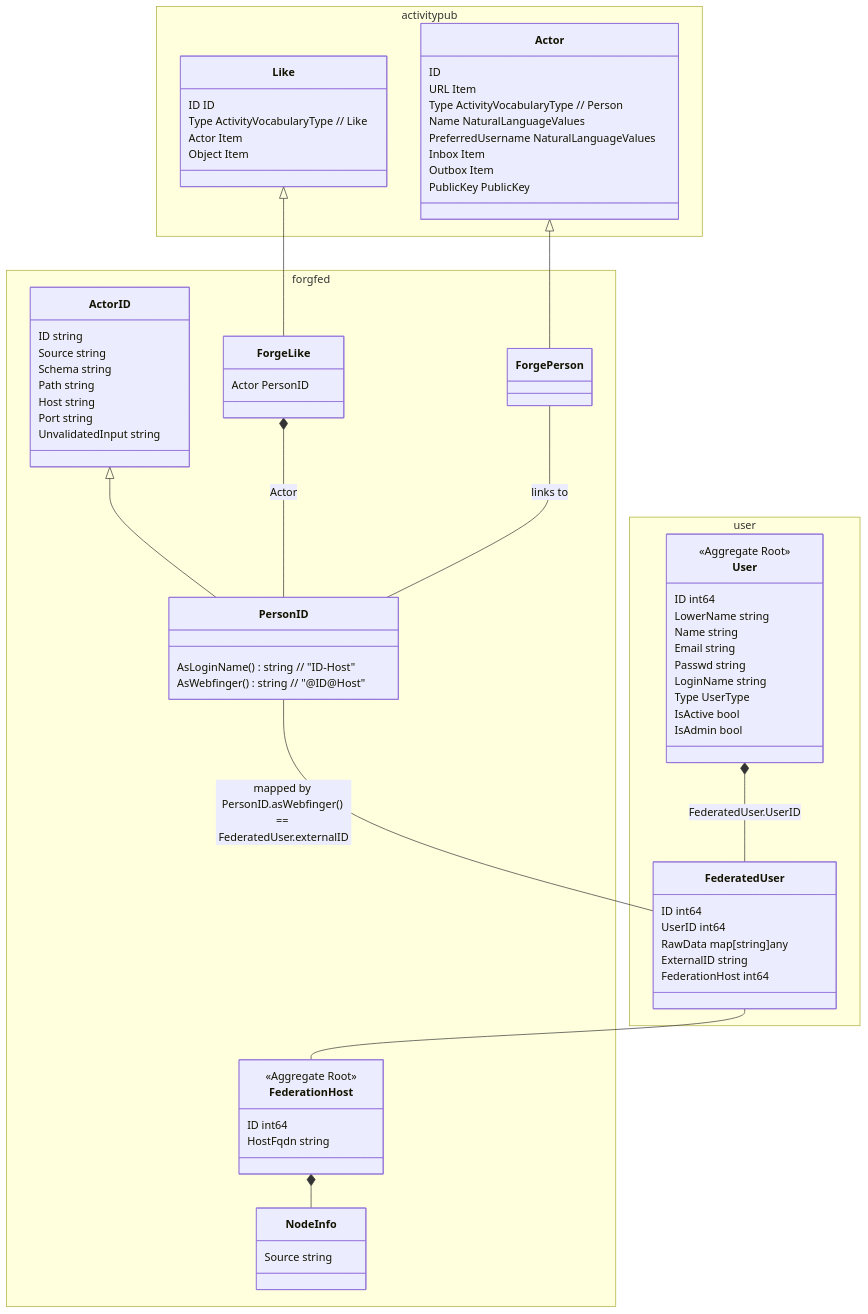
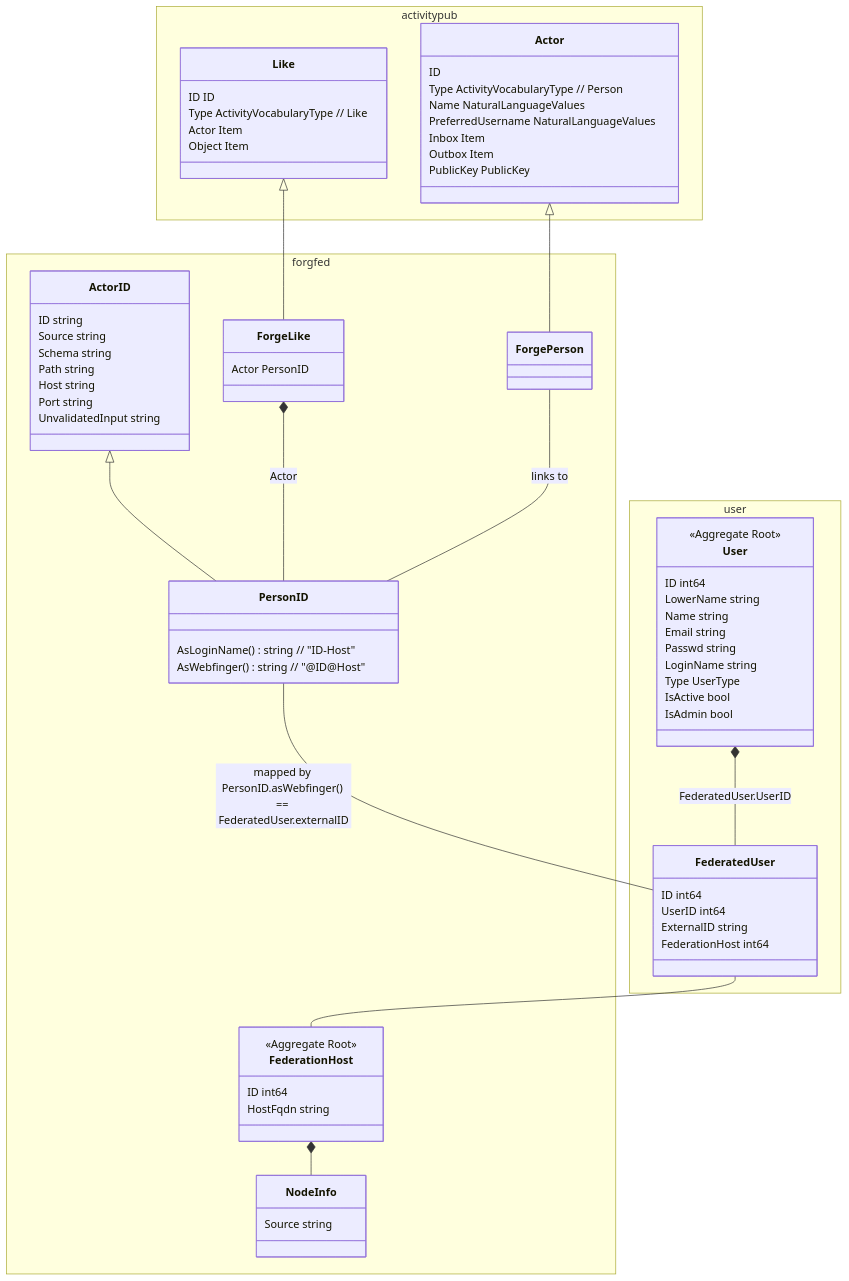
Before and after one commit to yonasBSD/forgejo: the third of 4 diagrams in docs/unsure-where-to-put/adr-map-federated-person.md, drawn with Mermaid. The commit also changed 3 other files, not shown here.

```diff
--- a/docs/unsure-where-to-put/adr-map-federated-person.md
+++ b/docs/unsure-where-to-put/adr-map-federated-person.md
@@ -289,7 +289,6 @@
     }
     class Actor {
       ID
-      URL Item
       Type ActivityVocabularyType // Person
       Name NaturalLanguageValues
       PreferredUsername NaturalLanguageValues
@@ -346,7 +345,6 @@
     class FederatedUser {
       ID         int64
       UserID     int64
-      RawData    map[string]any
       ExternalID   string
       FederationHost int64
     }
```
